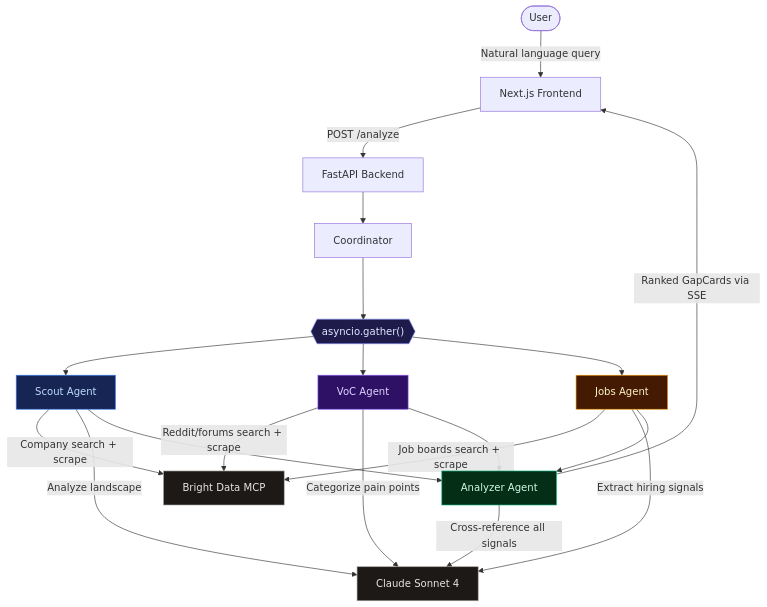
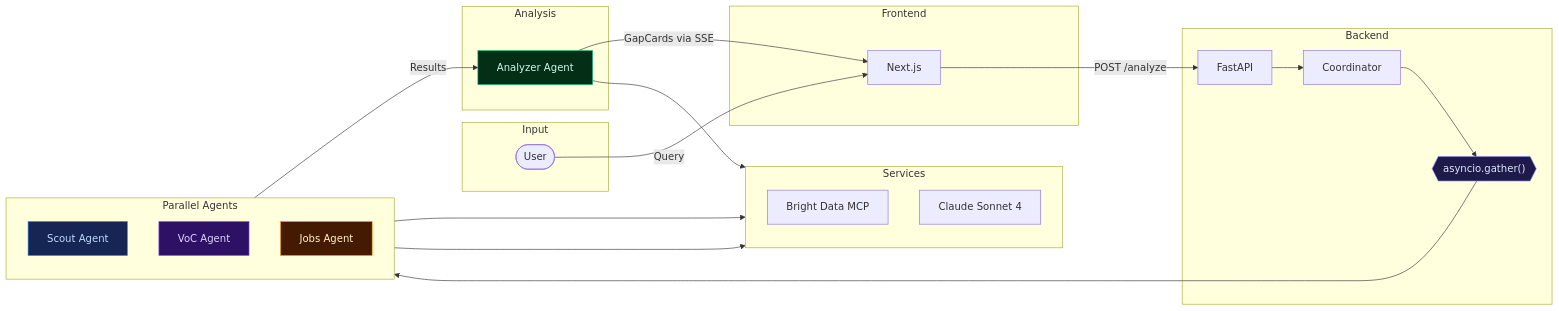
One commit to omorros/Blindspot. changed the first of 6 diagrams in README.md. Above: the diagram before and after it, drawn with Mermaid. The commit also changed other lines of this file, not shown here.

````diff
--- a/README.md
+++ b/README.md
@@ -22,35 +22,47 @@
 ```mermaid
-flowchart TB
-    User([User]) -->|"Natural language query"| FE[Next.js Frontend]
-    FE -->|"POST /analyze"| API[FastAPI Backend]
-    API --> Coord[Coordinator]
+flowchart LR
+    subgraph Input
+        User([User])
+    end
 
-    Coord --> Par{{"asyncio.gather()"}}
+    subgraph Frontend
+        FE[Next.js]
+    end
 
-    Par --> Scout[Scout Agent]
-    Par --> VoC[VoC Agent]
-    Par --> Jobs[Jobs Agent]
+    subgraph Backend
+        API[FastAPI] --> Coord[Coordinator]
+        Coord --> Par{{"asyncio.gather()"}}
+    end
 
-    Scout -->|"Company search + scrape"| MCP[Bright Data MCP]
-    VoC -->|"Reddit/forums search + scrape"| MCP
-    Jobs -->|"Job boards search + scrape"| MCP
+    subgraph Agents["Parallel Agents"]
+        direction TB
+        Scout[Scout Agent]
+        VoC[VoC Agent]
+        Jobs[Jobs Agent]
+    end
 
-    Scout -->|"Analyze landscape"| LLM[Claude Sonnet 4]
-    VoC -->|"Categorize pain points"| LLM
-    Jobs -->|"Extract hiring signals"| LLM
+    subgraph Services
+        direction TB
+        MCP[Bright Data MCP]
+        LLM[Claude Sonnet 4]
+    end
 
-    Scout --> Analyzer[Analyzer Agent]
-    VoC --> Analyzer
-    Jobs --> Analyzer
+    subgraph Analysis
+        Analyzer[Analyzer Agent]
+    end
 
-    Analyzer -->|"Cross-reference all signals"| LLM
-    Analyzer -->|"Ranked GapCards via SSE"| FE
+    User -->|Query| FE
+    FE -->|POST /analyze| API
+    Par --> Agents
+    Agents --> MCP
+    Agents --> LLM
+    Agents -->|Results| Analyzer
+    Analyzer --> LLM
+    Analyzer -->|GapCards via SSE| FE
 
-    style Par fill:#1e1b4b,stroke:#818cf8,color:#e0e7ff
     style Scout fill:#172554,stroke:#3b82f6,color:#bfdbfe
     style VoC fill:#2e1065,stroke:#8b5cf6,color:#ddd6fe
     style Jobs fill:#451a03,stroke:#f59e0b,color:#fef3c7
     style Analyzer fill:#052e16,stroke:#10b981,color:#d1fae5
-    style MCP fill:#1c1917,stroke:#a8a29e,color:#e7e5e4
-    style LLM fill:#1c1917,stroke:#a8a29e,color:#e7e5e4
+    style Par fill:#1e1b4b,stroke:#818cf8,color:#e0e7ff
 ```
````
